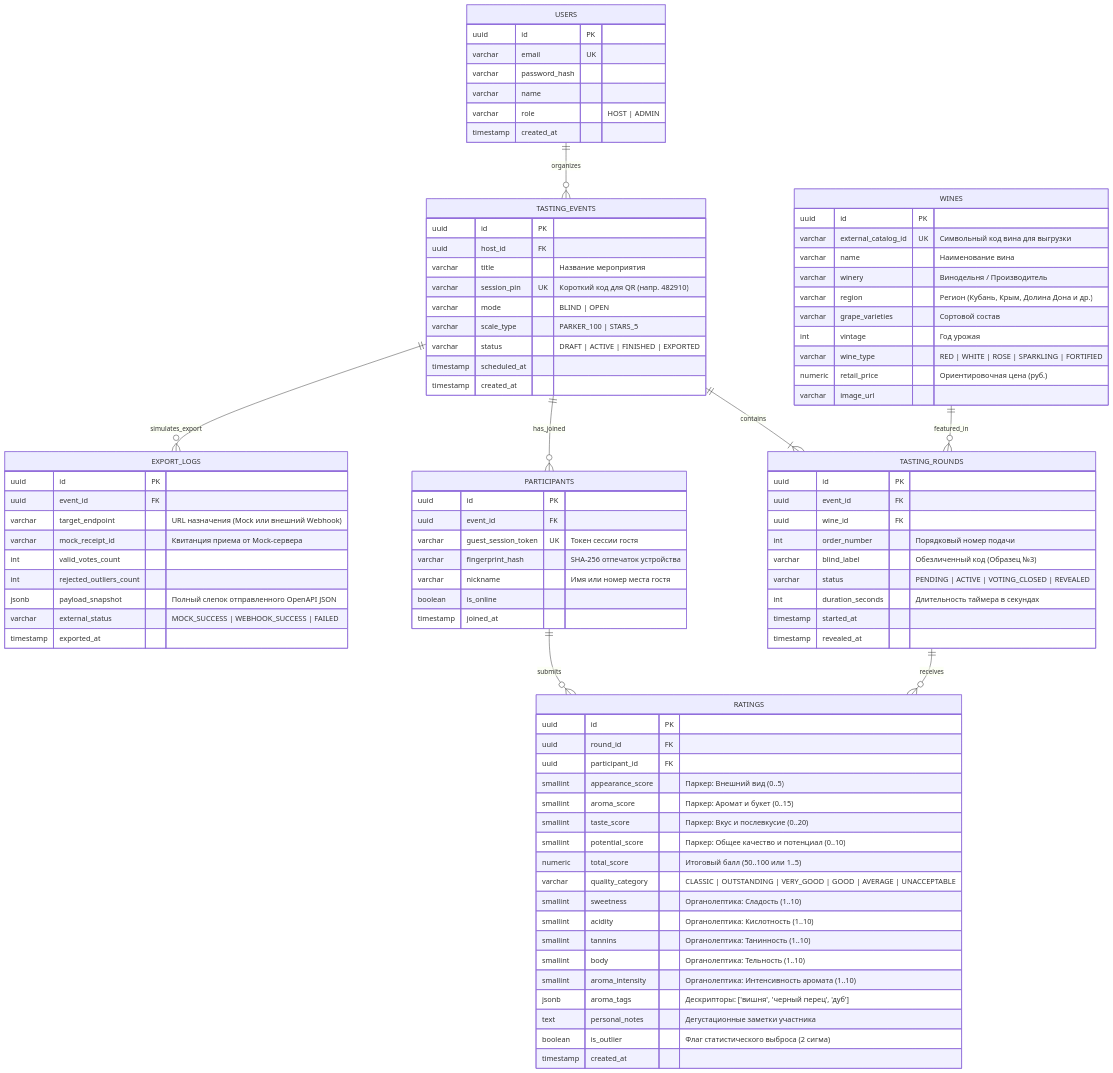
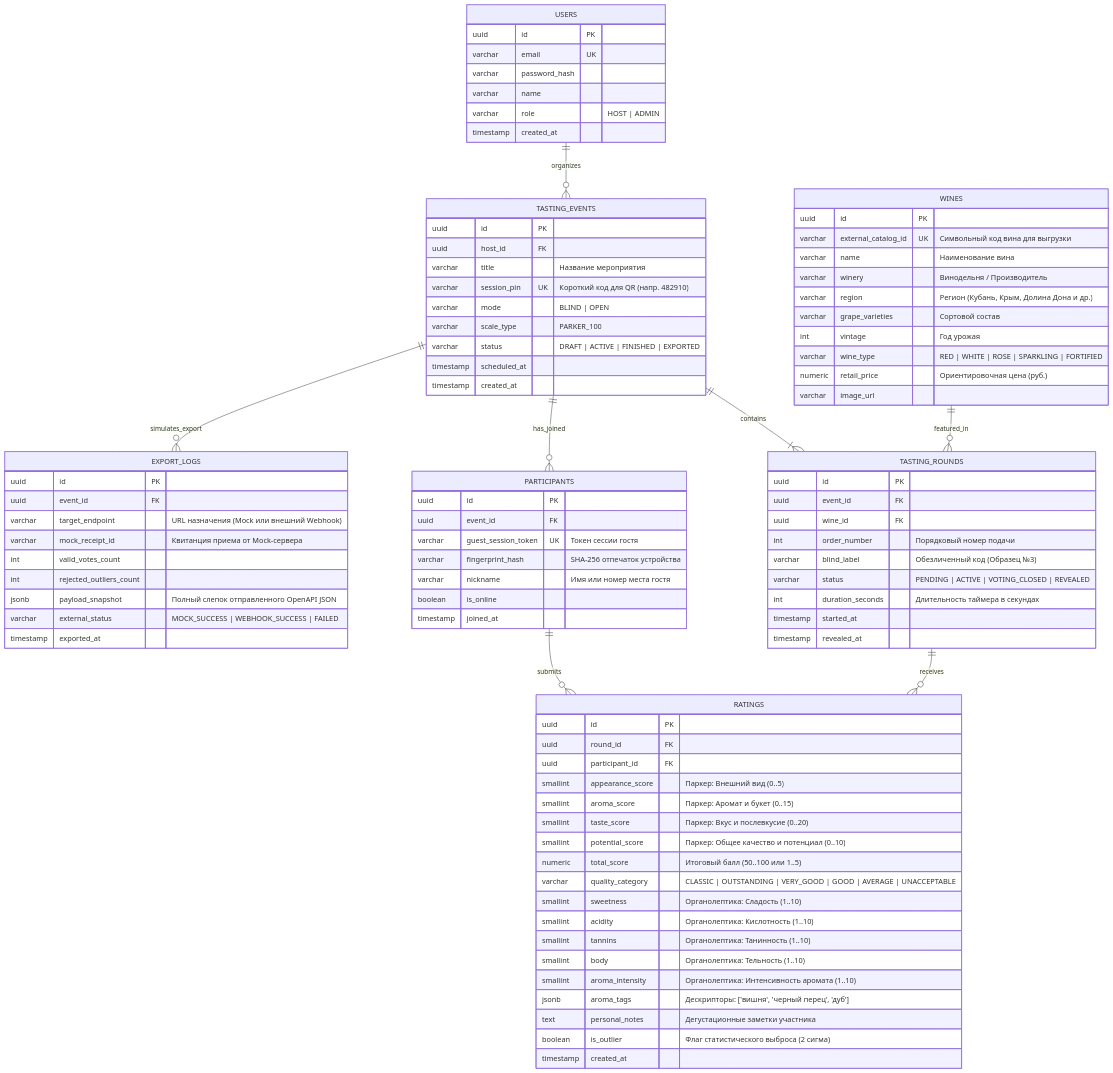
One commit to WellC2G/tasting-wine-builder-rshb changed the fourth of 5 diagrams in architecture.md. Above: the diagram before and after it, drawn with Mermaid. The commit also changed other lines of this file and 18 other files, not shown here.

First line of the commit message:
refactor(scale): completely remove STARS_5 across backend, frontend and docs

```diff
--- a/architecture.md
+++ b/architecture.md
@@ -258,7 +258,7 @@
         varchar title "Название мероприятия"
         varchar session_pin UK "Короткий код для QR (напр. 482910)"
         varchar mode "BLIND | OPEN"
-        varchar scale_type "PARKER_100 | STARS_5"
+        varchar scale_type "PARKER_100"
         varchar status "DRAFT | ACTIVE | FINISHED | EXPORTED"
         timestamp scheduled_at
         timestamp created_at
```
